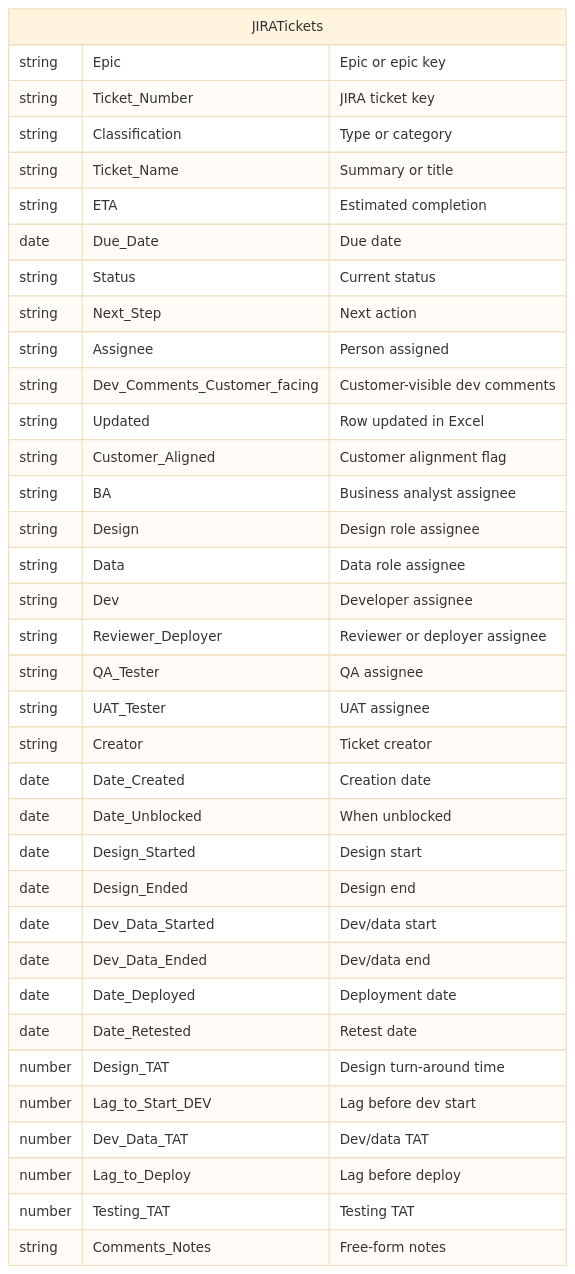
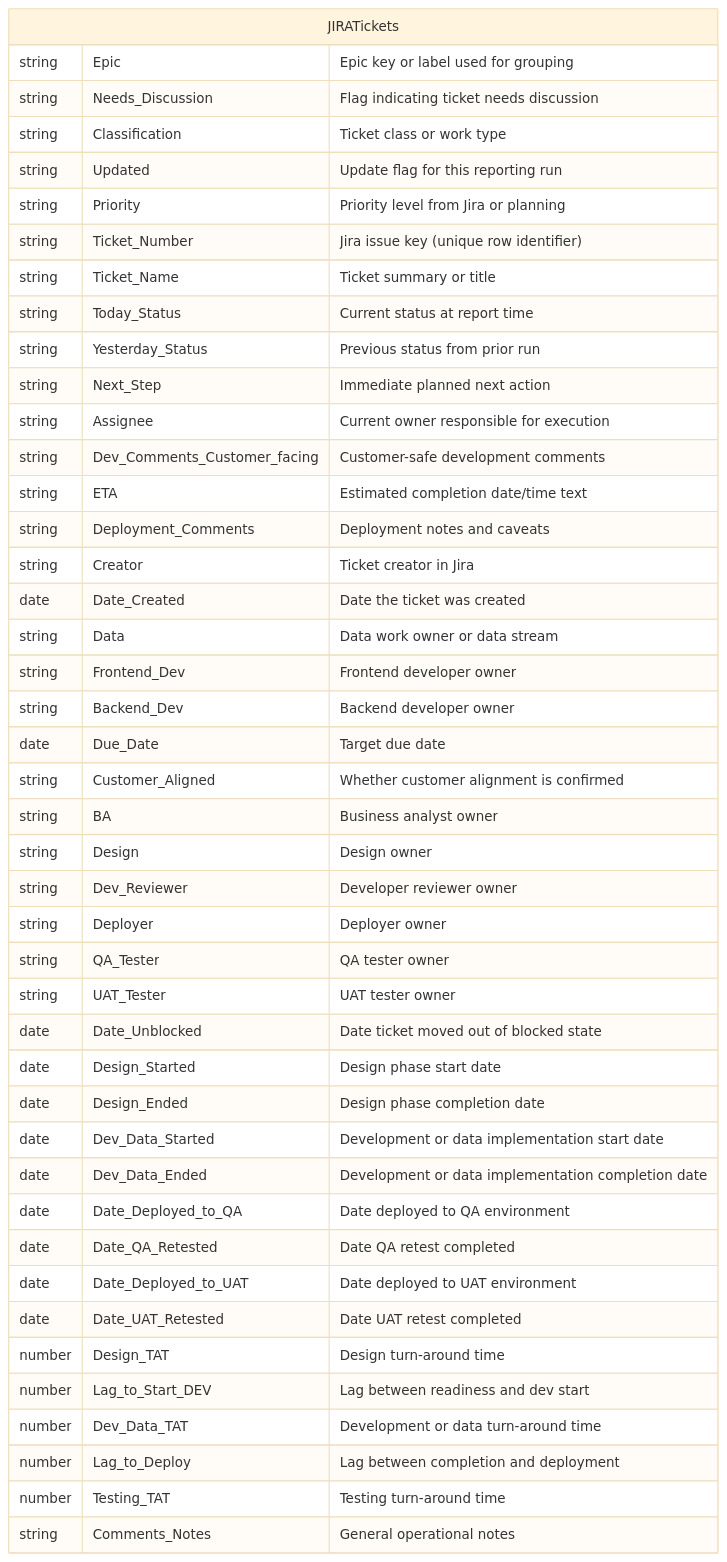
One commit to ZR000X/company-software-development changed the diagram in data/work-items.md. Above: the diagram before and after it, drawn with Mermaid (base theme). The commit also changed other lines of this file and 10 other files, not shown here.

First line of the commit message:
📝 Document workstream ticket update workflow with lifecycle-aligned pivots.

````diff
--- a/data/work-items.md
+++ b/data/work-items.md
@@ -22,39 +22,47 @@
 ```mermaid
 erDiagram
     JIRATickets {
-        string Epic "Epic or epic key"
-        string Ticket_Number "JIRA ticket key"
-        string Classification "Type or category"
-        string Ticket_Name "Summary or title"
-        string ETA "Estimated completion"
-        date Due_Date "Due date"
-        string Status "Current status"
-        string Next_Step "Next action"
-        string Assignee "Person assigned"
-        string Dev_Comments_Customer_facing "Customer-visible dev comments"
-        string Updated "Row updated in Excel"
-        string Customer_Aligned "Customer alignment flag"
-        string BA "Business analyst assignee"
-        string Design "Design role assignee"
-        string Data "Data role assignee"
-        string Dev "Developer assignee"
-        string Reviewer_Deployer "Reviewer or deployer assignee"
-        string QA_Tester "QA assignee"
-        string UAT_Tester "UAT assignee"
-        string Creator "Ticket creator"
-        date Date_Created "Creation date"
-        date Date_Unblocked "When unblocked"
-        date Design_Started "Design start"
-        date Design_Ended "Design end"
-        date Dev_Data_Started "Dev/data start"
-        date Dev_Data_Ended "Dev/data end"
-        date Date_Deployed "Deployment date"
-        date Date_Retested "Retest date"
+        string Epic "Epic key or label used for grouping"
+        string Needs_Discussion "Flag indicating ticket needs discussion"
+        string Classification "Ticket class or work type"
+        string Updated "Update flag for this reporting run"
+        string Priority "Priority level from Jira or planning"
+        string Ticket_Number "Jira issue key (unique row identifier)"
+        string Ticket_Name "Ticket summary or title"
+        string Today_Status "Current status at report time"
+        string Yesterday_Status "Previous status from prior run"
+        string Next_Step "Immediate planned next action"
+        string Assignee "Current owner responsible for execution"
+        string Dev_Comments_Customer_facing "Customer-safe development comments"
+        string ETA "Estimated completion date/time text"
+        string Deployment_Comments "Deployment notes and caveats"
+        string Creator "Ticket creator in Jira"
+        date Date_Created "Date the ticket was created"
+        string Data "Data work owner or data stream"
+        string Frontend_Dev "Frontend developer owner"
+        string Backend_Dev "Backend developer owner"
+        date Due_Date "Target due date"
+        string Customer_Aligned "Whether customer alignment is confirmed"
+        string BA "Business analyst owner"
+        string Design "Design owner"
+        string Dev_Reviewer "Developer reviewer owner"
+        string Deployer "Deployer owner"
+        string QA_Tester "QA tester owner"
+        string UAT_Tester "UAT tester owner"
+        date Date_Unblocked "Date ticket moved out of blocked state"
+        date Design_Started "Design phase start date"
+        date Design_Ended "Design phase completion date"
+        date Dev_Data_Started "Development or data implementation start date"
+        date Dev_Data_Ended "Development or data implementation completion date"
+        date Date_Deployed_to_QA "Date deployed to QA environment"
+        date Date_QA_Retested "Date QA retest completed"
+        date Date_Deployed_to_UAT "Date deployed to UAT environment"
+        date Date_UAT_Retested "Date UAT retest completed"
         number Design_TAT "Design turn-around time"
-        number Lag_to_Start_DEV "Lag before dev start"
-        number Dev_Data_TAT "Dev/data TAT"
-        number Lag_to_Deploy "Lag before deploy"
-        number Testing_TAT "Testing TAT"
-        string Comments_Notes "Free-form notes"
+        number Lag_to_Start_DEV "Lag between readiness and dev start"
+        number Dev_Data_TAT "Development or data turn-around time"
+        number Lag_to_Deploy "Lag between completion and deployment"
+        number Testing_TAT "Testing turn-around time"
+        string Comments_Notes "General operational notes"
     }
 ```
````
